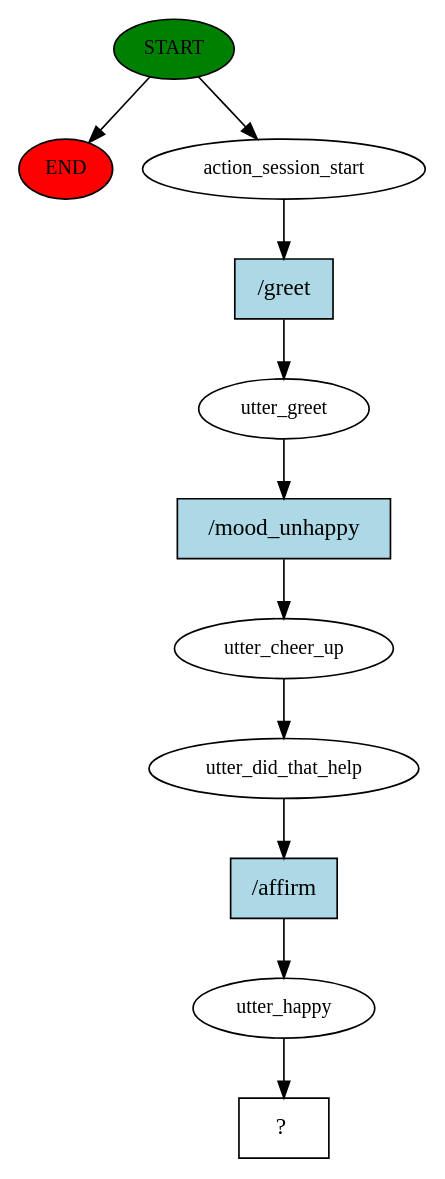
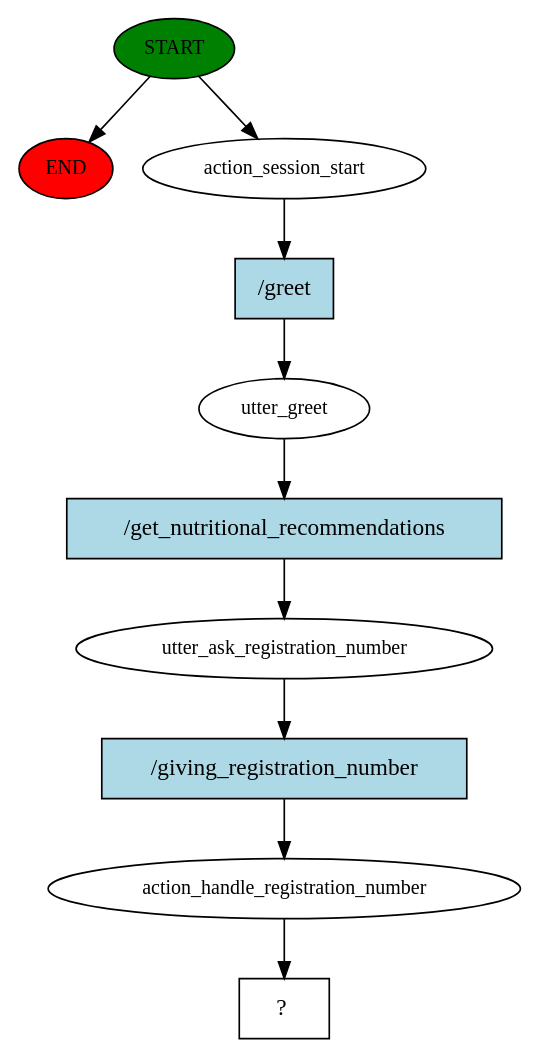
Before and after one commit to JRButoto/RCHS-Chatbot: the diagram in rasabot/story_graph.dot, drawn with Graphviz. The commit also changed 139 other files, not shown here.

```diff
--- a/rasabot/story_graph.dot
+++ b/rasabot/story_graph.dot
@@ -1,23 +1,21 @@
 digraph  {
 0 [class="start active", fillcolor=green, fontsize=12, label=START, style=filled];
 "-1" [class=end, fillcolor=red, fontsize=12, label=END, style=filled];
 1 [class=active, fontsize=12, label=action_session_start];
 2 [class=active, fontsize=12, label=utter_greet];
-3 [class=active, fontsize=12, label=utter_cheer_up];
-4 [class=active, fontsize=12, label=utter_did_that_help];
-5 [class=active, fontsize=12, label=utter_happy];
-6 [class="intent dashed active", label="  ?  ", shape=rect];
-7 [class="intent active", fillcolor=lightblue, label="/greet", shape=rect, style=filled];
-8 [class="intent active", fillcolor=lightblue, label="/mood_unhappy", shape=rect, style=filled];
-9 [class="intent active", fillcolor=lightblue, label="/affirm", shape=rect, style=filled];
+3 [class=active, fontsize=12, label=utter_ask_registration_number];
+4 [class=active, fontsize=12, label=action_handle_registration_number];
+5 [class="intent dashed active", label="  ?  ", shape=rect];
+6 [class="intent active", fillcolor=lightblue, label="/greet", shape=rect, style=filled];
+7 [class="intent active", fillcolor=lightblue, label="/get_nutritional_recommendations", shape=rect, style=filled];
+8 [class="intent active", fillcolor=lightblue, label="/giving_registration_number", shape=rect, style=filled];
 0 -> "-1"  [class="", key=NONE, label=""];
 0 -> 1  [class=active, key=NONE, label=""];
-1 -> 7  [class=active, key=0];
-2 -> 8  [class=active, key=0];
-3 -> 4  [class=active, key=NONE, label=""];
-4 -> 9  [class=active, key=0];
-5 -> 6  [class=active, key=NONE, label=""];
-7 -> 2  [class=active, key=0];
-8 -> 3  [class=active, key=0];
-9 -> 5  [class=active, key=0];
+1 -> 6  [class=active, key=0];
+2 -> 7  [class=active, key=0];
+3 -> 8  [class=active, key=0];
+4 -> 5  [class=active, key=NONE, label=""];
+6 -> 2  [class=active, key=0];
+7 -> 3  [class=active, key=0];
+8 -> 4  [class=active, key=0];
 }
```
